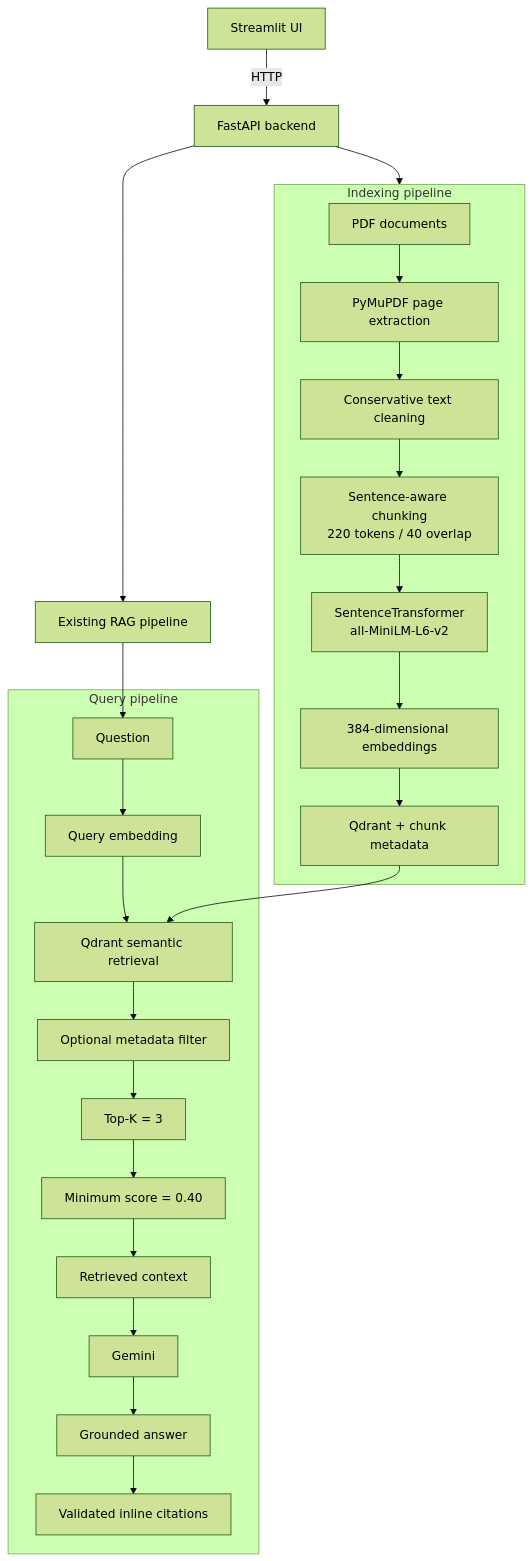
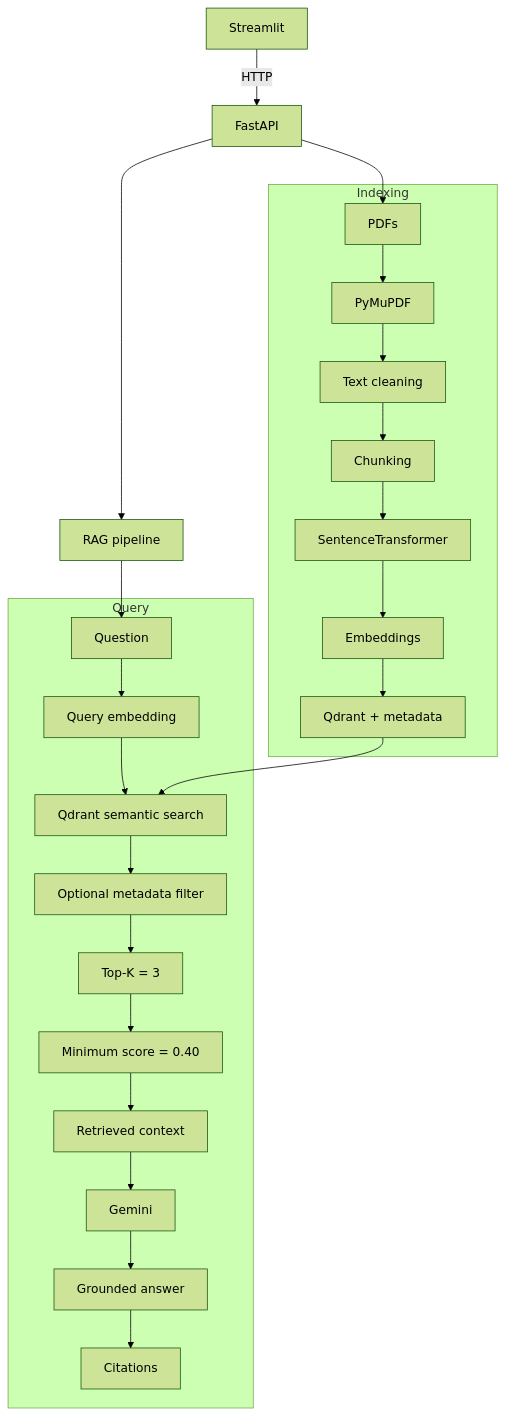
One commit to Ram28-tech/enterprise-document-qa changed the diagram in README.md. Above: the diagram before and after it, drawn with Mermaid (forest theme). The commit also changed other lines of this file, not shown here.

````diff
--- a/README.md
+++ b/README.md
@@ -27,31 +21,14 @@
 ```mermaid
 flowchart TB
-    UI["Streamlit UI"] -->|HTTP| API["FastAPI backend"]
-    API --> RAG["Existing RAG pipeline"]
-
-    subgraph Indexing["Indexing pipeline"]
-        PDFs["PDF documents"] --> PyMuPDF["PyMuPDF page extraction"]
-        PyMuPDF --> Cleaning["Conservative text cleaning"]
-        Cleaning --> Chunking["Sentence-aware chunking<br/>220 tokens / 40 overlap"]
-        Chunking --> Encoder["SentenceTransformer<br/>all-MiniLM-L6-v2"]
-        Encoder --> Embeddings["384-dimensional embeddings"]
-        Embeddings --> VectorDB["Qdrant + chunk metadata"]
+    UI["Streamlit"] -->|HTTP| API["FastAPI"] --> RAG["RAG pipeline"]
+    subgraph Indexing["Indexing"]
+        PDFs["PDFs"] --> Extract["PyMuPDF"] --> Clean["Text cleaning"] --> Chunk["Chunking"] --> Encoder["SentenceTransformer"] --> Embeddings["Embeddings"] --> Store["Qdrant + metadata"]
+    end
+    subgraph Querying["Query"]
+        Question["Question"] --> QueryEmbedding["Query embedding"] --> Search["Qdrant semantic search"] --> Filter["Optional metadata filter"] --> TopK["Top-K = 3"] --> Threshold["Minimum score = 0.40"] --> Context["Retrieved context"] --> Gemini["Gemini"] --> Answer["Grounded answer"] --> Citations["Citations"]
     end
 
-    API --> Indexing
-
-    subgraph Querying["Query pipeline"]
-        Question["Question"] --> QueryEmbedding["Query embedding"]
-        QueryEmbedding --> Retrieval["Qdrant semantic retrieval"]
-        Retrieval --> Filter["Optional metadata filter"]
-        Filter --> TopK["Top-K = 3"]
-        TopK --> Threshold["Minimum score = 0.40"]
-        Threshold --> Context["Retrieved context"]
-        Context --> Gemini["Gemini"]
-        Gemini --> Answer["Grounded answer"]
-        Answer --> Citations["Validated inline citations"]
-    end
-
+    API --> PDFs
     RAG --> Question
-    VectorDB --> Retrieval
+    Store --> Search
 ```
````
